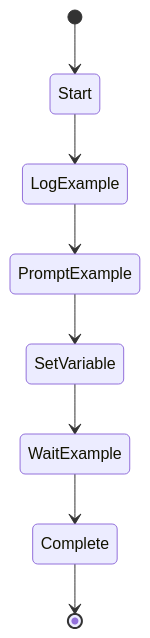
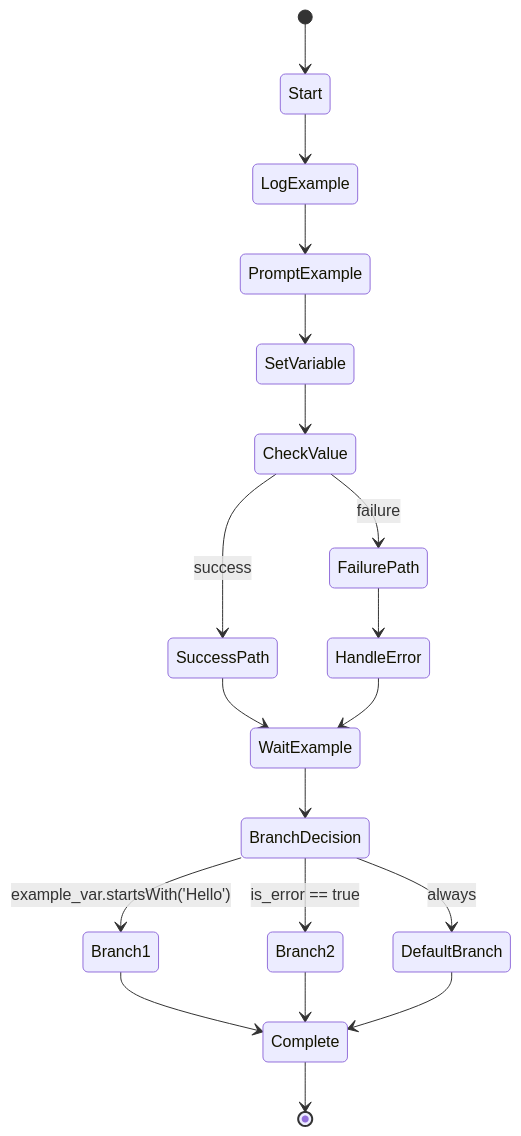
The diagram in builtin/workflows/example-actions.md (wballard/swissarmyhammer), drawn with Mermaid before and after one commit. The commit also changed other lines of this file and 9 other files, not shown here.

````diff
--- a/builtin/workflows/example-actions.md
+++ b/builtin/workflows/example-actions.md
@@ -16,10 +16,21 @@
 ```mermaid
 stateDiagram-v2
     [*] --> Start
     Start --> LogExample
     LogExample --> PromptExample
     PromptExample --> SetVariable
-    SetVariable --> WaitExample
-    WaitExample --> Complete
+    SetVariable --> CheckValue
+    CheckValue --> SuccessPath: success
+    CheckValue --> FailurePath: failure
+    SuccessPath --> WaitExample
+    FailurePath --> HandleError
+    HandleError --> WaitExample
+    WaitExample --> BranchDecision
+    BranchDecision --> Branch1: example_var.startsWith('Hello')
+    BranchDecision --> Branch2: is_error == true
+    BranchDecision --> DefaultBranch: always
+    Branch1 --> Complete
+    Branch2 --> Complete
+    DefaultBranch --> Complete
     Complete --> [*]
 ```
````
